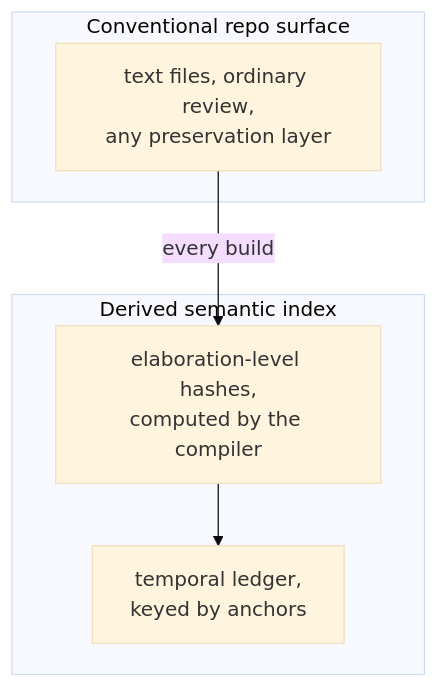
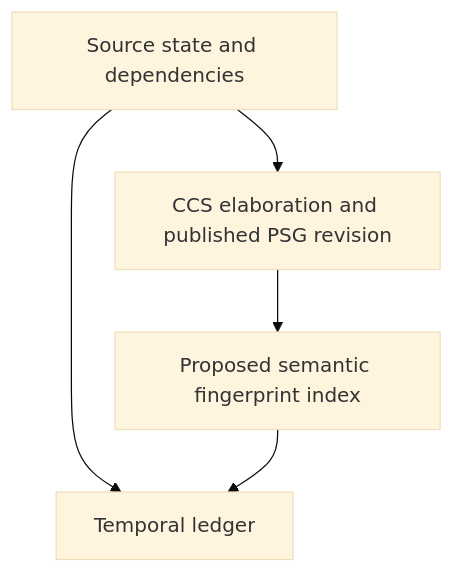
Before and after one commit to FidelityFramework/Atelier: the diagram in docs/knowledge-layer/07_preservation_interface.md, drawn with Mermaid (base theme). The commit also changed other lines of this file and 21 other files, not shown here.

````diff
--- a/docs/knowledge-layer/07_preservation_interface.md
+++ b/docs/knowledge-layer/07_preservation_interface.md
@@ -35,12 +25,7 @@
 ```mermaid
 flowchart TB
-    subgraph surface["Conventional repo surface"]
-        files["text files, ordinary review,<br/>any preservation layer"]
-    end
-    subgraph derived["Derived semantic index"]
-        hash["elaboration-level hashes,<br/>computed by the compiler"]
-        ledger["temporal ledger,<br/>keyed by anchors"]
-    end
-    files -- "every build" --> hash
-    hash --> ledger
+    source["Source state and dependencies"] --> compiler["CCS elaboration and published PSG revision"]
+    compiler --> index["Proposed semantic fingerprint index"]
+    source --> ledger["Temporal ledger"]
+    index --> ledger
 ```
````
